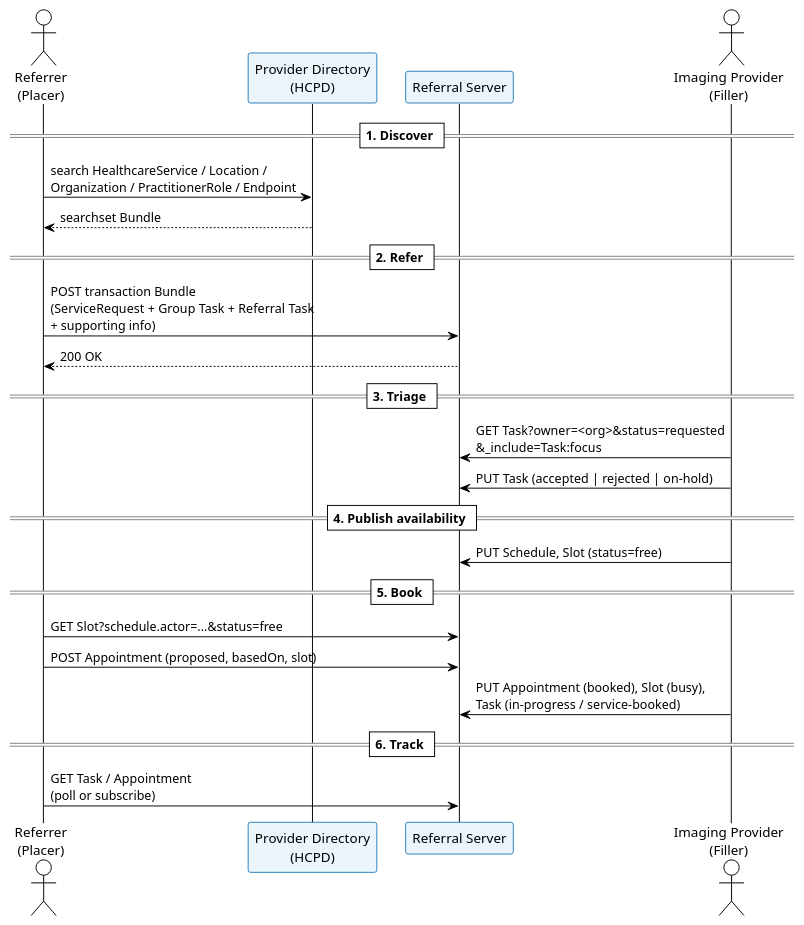
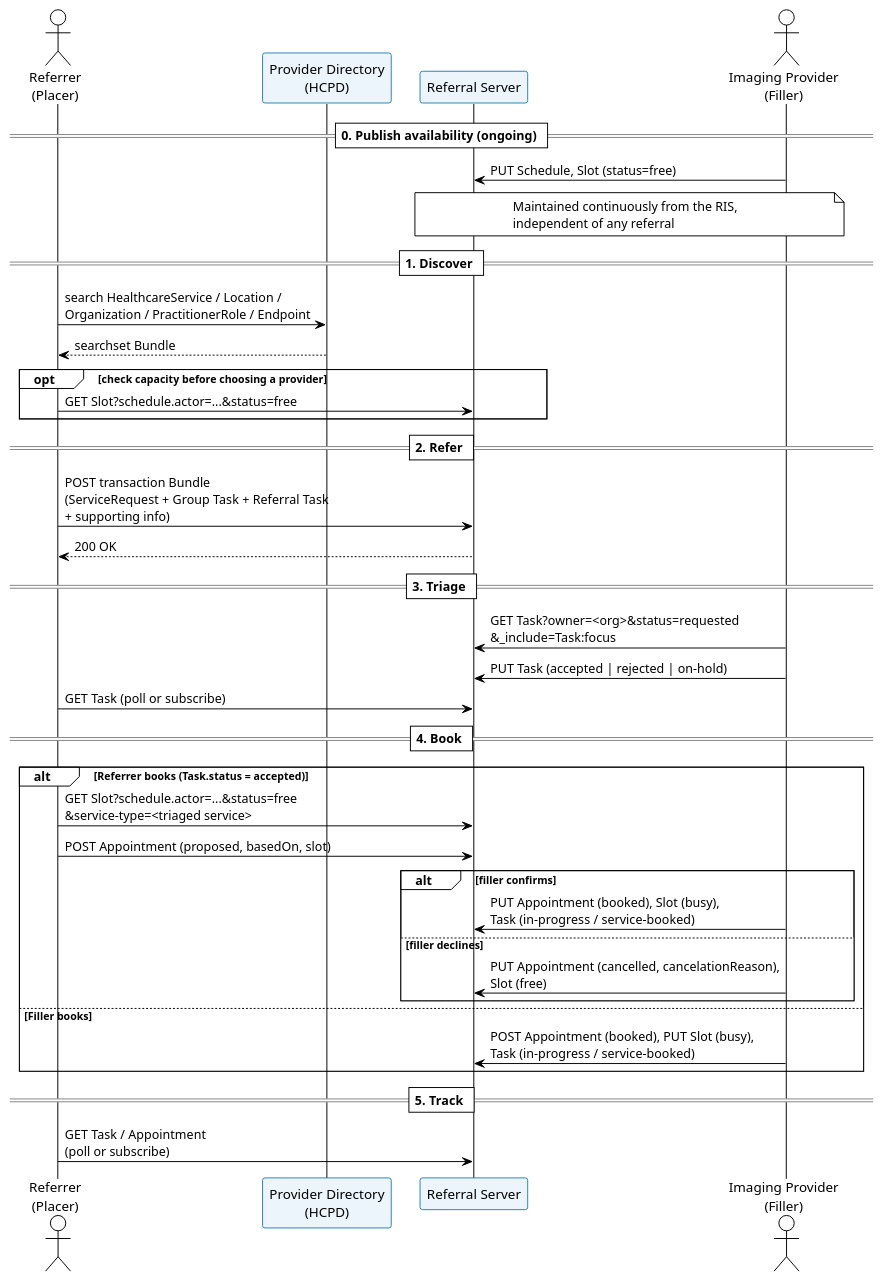
The diagram in input/images-source/workflow-sequence.plantuml (aehrc/radiology-referral), drawn with PlantUML before and after one commit. The commit also changed 1 other file, not shown here.

Commit message:
Decouple availability publishing from triage in workflow
Availability (Schedule/Slot) is maintained continuously by the filler
and is not caused by triage. Move it to an ongoing step 0, allow an
optional capacity check at discovery, gate referrer booking on
Task.status = accepted, and show the filler-books variant and the
filler declining a proposed Appointment.

```diff
--- a/input/images-source/workflow-sequence.plantuml
+++ b/input/images-source/workflow-sequence.plantuml
@@ -1,34 +1,47 @@
 @startuml workflow-sequence
 !theme plain
 skinparam defaultFontName Arial
 skinparam sequenceParticipantBorderColor #2980B9
 skinparam sequenceParticipantBackgroundColor #EBF5FB
 
 actor "Referrer\n(Placer)" as ref
 participant "Provider Directory\n(HCPD)" as dir
 participant "Referral Server" as srv
 actor "Imaging Provider\n(Filler)" as fil
 
+== 0. Publish availability (ongoing) ==
+fil -> srv : PUT Schedule, Slot (status=free)
+note over srv, fil : Maintained continuously from the RIS,\nindependent of any referral
+
 == 1. Discover ==
 ref -> dir : search HealthcareService / Location /\nOrganization / PractitionerRole / Endpoint
 dir --> ref : searchset Bundle
+opt check capacity before choosing a provider
+  ref -> srv : GET Slot?schedule.actor=...&status=free
+end
 
 == 2. Refer ==
 ref -> srv : POST transaction Bundle\n(ServiceRequest + Group Task + Referral Task\n+ supporting info)
 srv --> ref : 200 OK
 
 == 3. Triage ==
 fil -> srv : GET Task?owner=<org>&status=requested\n&_include=Task:focus
 fil -> srv : PUT Task (accepted | rejected | on-hold)
+ref -> srv : GET Task (poll or subscribe)
 
-== 4. Publish availability ==
-fil -> srv : PUT Schedule, Slot (status=free)
+== 4. Book ==
+alt Referrer books (Task.status = accepted)
+  ref -> srv : GET Slot?schedule.actor=...&status=free\n&service-type=<triaged service>
+  ref -> srv : POST Appointment (proposed, basedOn, slot)
+  alt filler confirms
+    fil -> srv : PUT Appointment (booked), Slot (busy),\nTask (in-progress / service-booked)
+  else filler declines
+    fil -> srv : PUT Appointment (cancelled, cancelationReason),\nSlot (free)
+  end
+else Filler books
+  fil -> srv : POST Appointment (booked), PUT Slot (busy),\nTask (in-progress / service-booked)
+end
 
-== 5. Book ==
-ref -> srv : GET Slot?schedule.actor=...&status=free
-ref -> srv : POST Appointment (proposed, basedOn, slot)
-fil -> srv : PUT Appointment (booked), Slot (busy),\nTask (in-progress / service-booked)
-
-== 6. Track ==
+== 5. Track ==
 ref -> srv : GET Task / Appointment\n(poll or subscribe)
 @enduml
```
